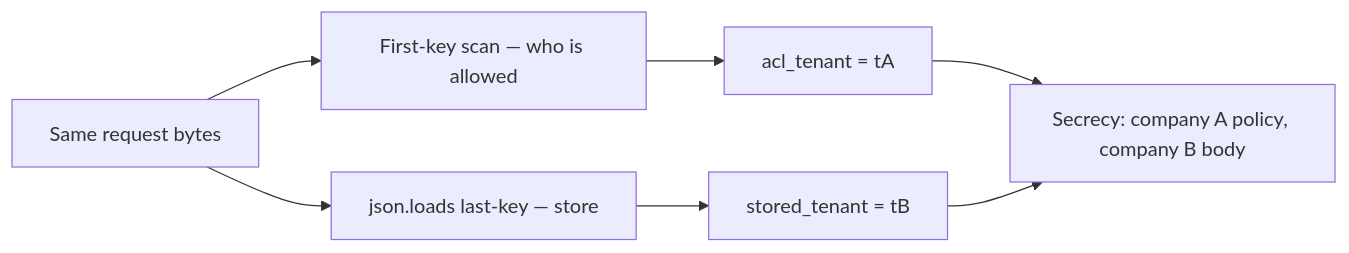
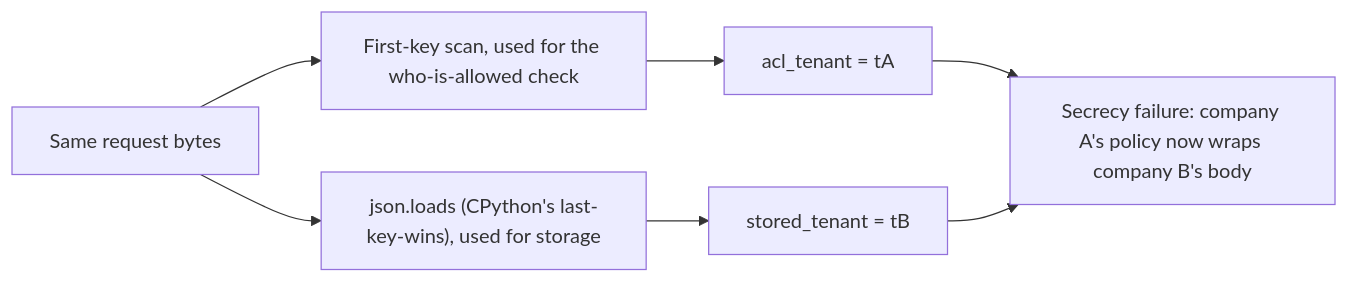
Before and after one commit to ishitvagoel/LearnSecurity: the second of 2 diagrams in content/modules/2/2.1/lessons/01-property.md, drawn with Mermaid. The commit also changed other lines of this file and 17 other files, not shown here.

````diff
--- a/content/modules/2/2.1/lessons/01-property.md
+++ b/content/modules/2/2.1/lessons/01-property.md
@@ -38,9 +41,9 @@
 ```mermaid
 flowchart LR
-  Blob[Same request bytes] --> First[First-key scan — who is allowed]
-  Blob --> Last[json.loads last-key — store]
+  Blob[Same request bytes] --> First[First-key scan, used for the who-is-allowed check]
+  Blob --> Last["json.loads (CPython's last-key-wins), used for storage"]
   First --> TA[acl_tenant = tA]
   Last --> TB[stored_tenant = tB]
-  TA --> Fail[Secrecy: company A policy, company B body]
+  TA --> Fail[Secrecy failure: company A's policy now wraps company B's body]
   TB --> Fail
 ```
````
